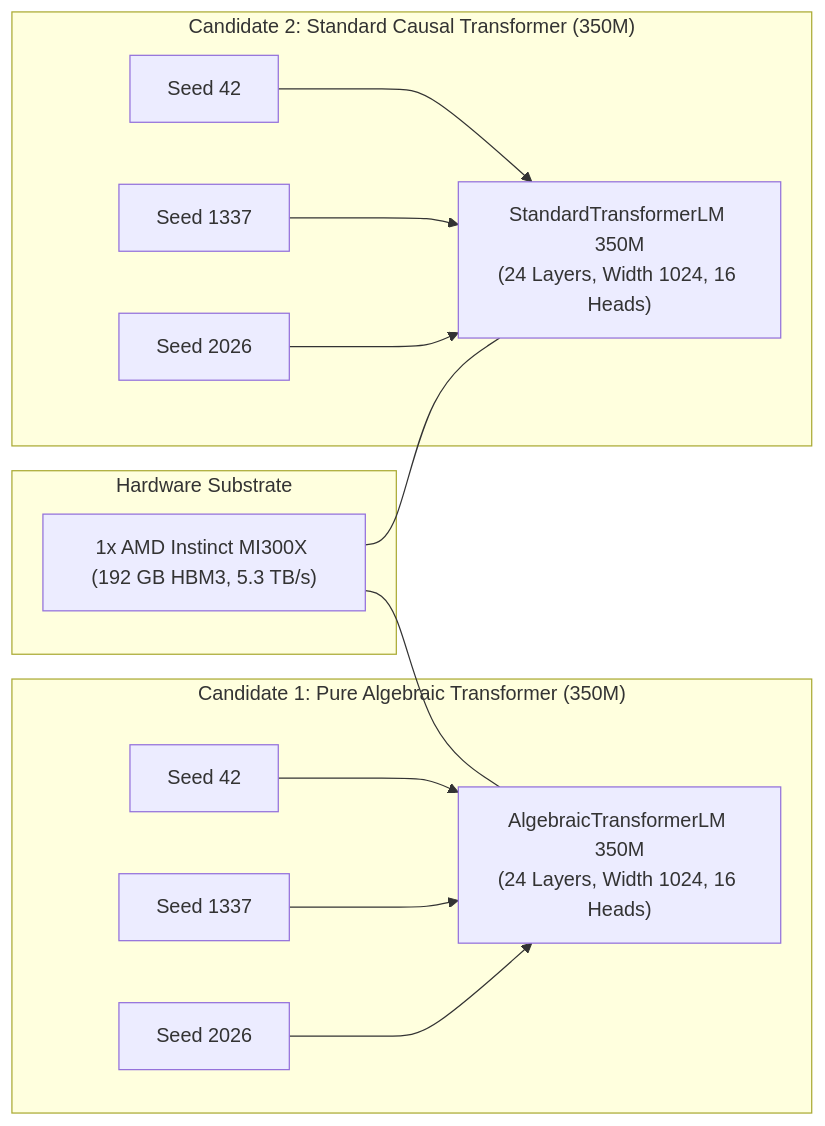
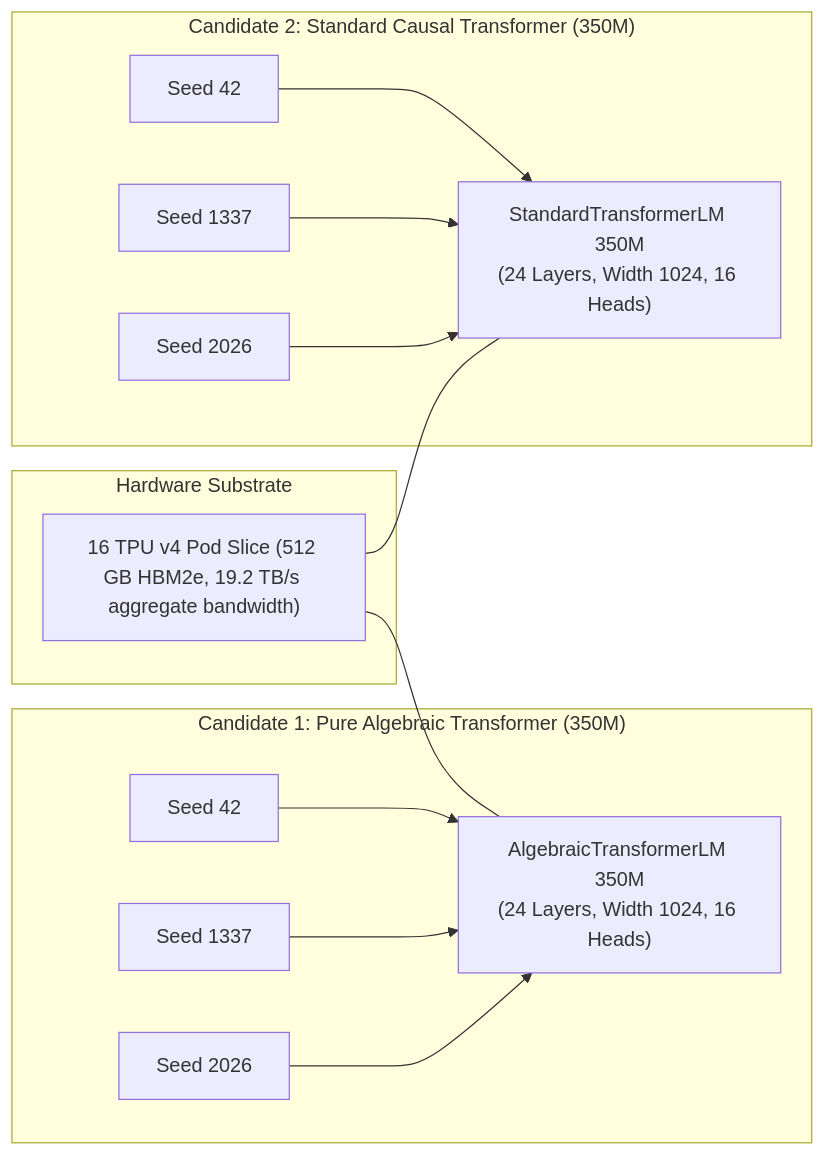
Before and after one commit to tasmaikeni13/algebraic-intelligence: the first of 2 diagrams in phases/phase9.md, drawn with Mermaid. The commit also changed other lines of this file and 12 other files, not shown here.

Commit message:
refactor(phases): adapt protocols for bidirectional dependency cascading and migrate hardware substrate to 16 TPU v4 Pod

````diff
--- a/phases/phase9.md
+++ b/phases/phase9.md
@@ -22,23 +22,23 @@
 ```mermaid
 graph LR
     subgraph "Hardware Substrate"
-        GPU["1x AMD Instinct MI300X (192 GB HBM3, 5.3 TB/s)"]
+        TPU["16 TPU v4 Pod Slice (512 GB HBM2e, 19.2 TB/s aggregate bandwidth)"]
     end
 
     subgraph "Candidate 1: Pure Algebraic Transformer (350M)"
         M1["AlgebraicTransformerLM 350M<br/>(24 Layers, Width 1024, 16 Heads)"]
         S1a["Seed 42"] --> M1
         S1b["Seed 1337"] --> M1
         S1c["Seed 2026"] --> M1
     end
 
     subgraph "Candidate 2: Standard Causal Transformer (350M)"
         M2["StandardTransformerLM 350M<br/>(24 Layers, Width 1024, 16 Heads)"]
         S2a["Seed 42"] --> M2
         S2b["Seed 1337"] --> M2
         S2c["Seed 2026"] --> M2
     end
 
-    GPU --- M1
-    GPU --- M2
+    TPU --- M1
+    TPU --- M2
 ```
````
